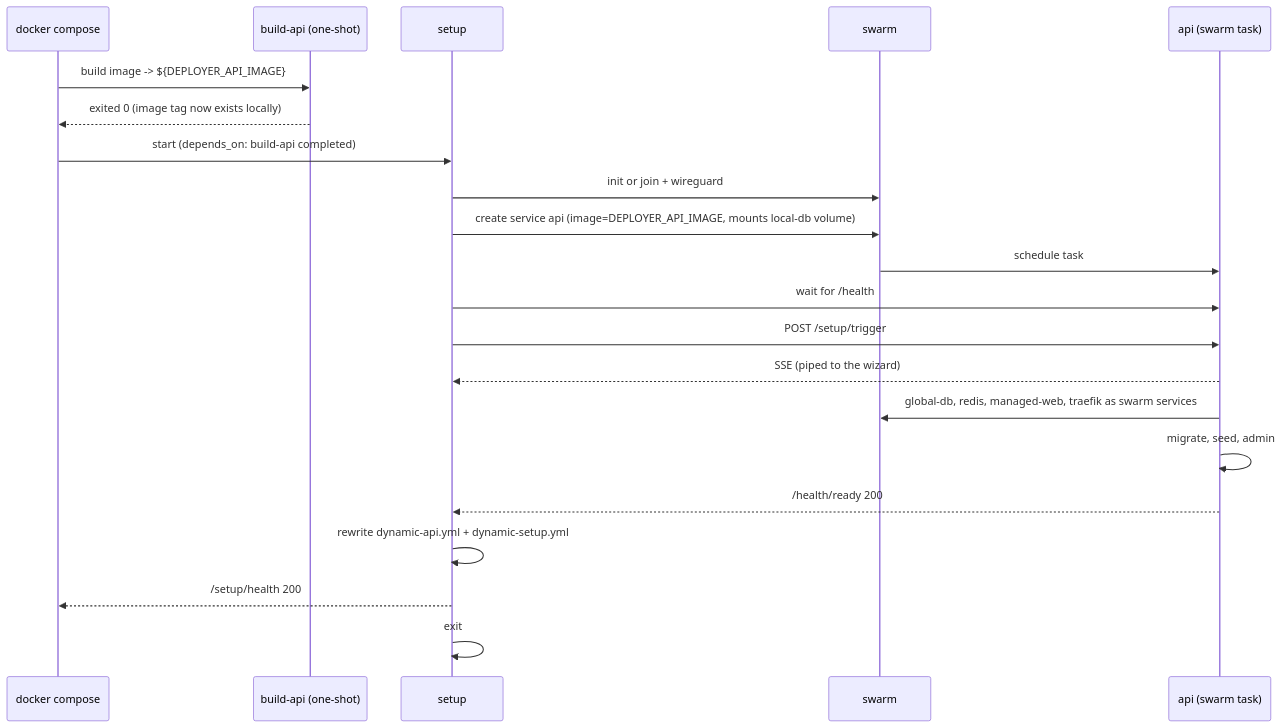
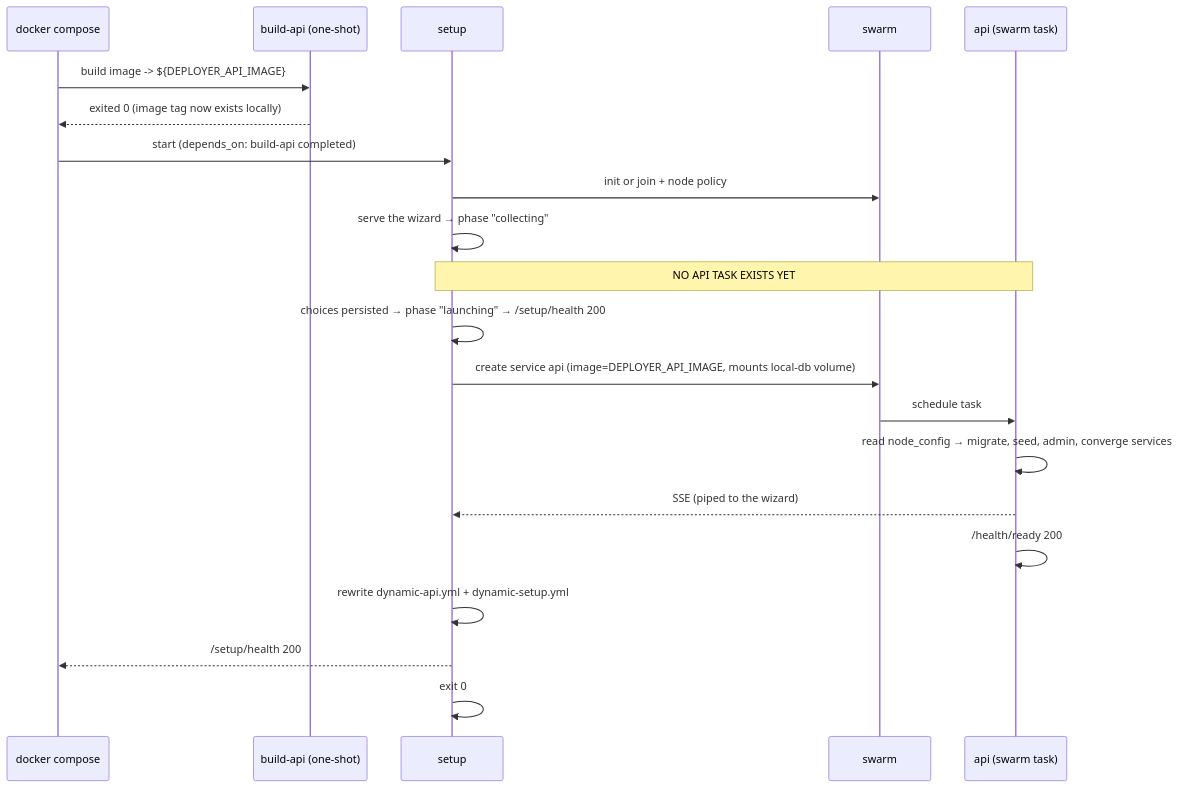
The sixth of 6 diagrams in docs/setup-app-refactor-plan.md (N0SAFE/deployer), drawn with Mermaid before and after one commit. The commit also changed other lines of this file and 40 other files, not shown here.

````diff
--- a/docs/setup-app-refactor-plan.md
+++ b/docs/setup-app-refactor-plan.md
@@ -1350,23 +1408,23 @@
 ```mermaid
 sequenceDiagram
   participant DC as docker compose
   participant B as build-api (one-shot)
   participant S as setup
   participant SW as swarm
   participant A as api (swarm task)
   DC->>B: build image -> ${DEPLOYER_API_IMAGE}
   B-->>DC: exited 0 (image tag now exists locally)
   DC->>S: start (depends_on: build-api completed)
-  S->>SW: init or join + wireguard
+  S->>SW: init or join + node policy
+  S->>S: serve the wizard → phase "collecting"
+  Note over S,A: NO API TASK EXISTS YET
+  S->>S: choices persisted → phase "launching" → /setup/health 200
   S->>SW: create service api (image=DEPLOYER_API_IMAGE, mounts local-db volume)
   SW->>A: schedule task
-  S->>A: wait for /health
-  S->>A: POST /setup/trigger
+  A->>A: read node_config → migrate, seed, admin, converge services
   A-->>S: SSE (piped to the wizard)
-  A->>SW: global-db, redis, managed-web, traefik as swarm services
-  A->>A: migrate, seed, admin
-  A-->>S: /health/ready 200
+  A->>A: /health/ready 200
   S->>S: rewrite dynamic-api.yml + dynamic-setup.yml
   S-->>DC: /setup/health 200
-  S->>S: exit
+  S->>S: exit 0
 ```
````
